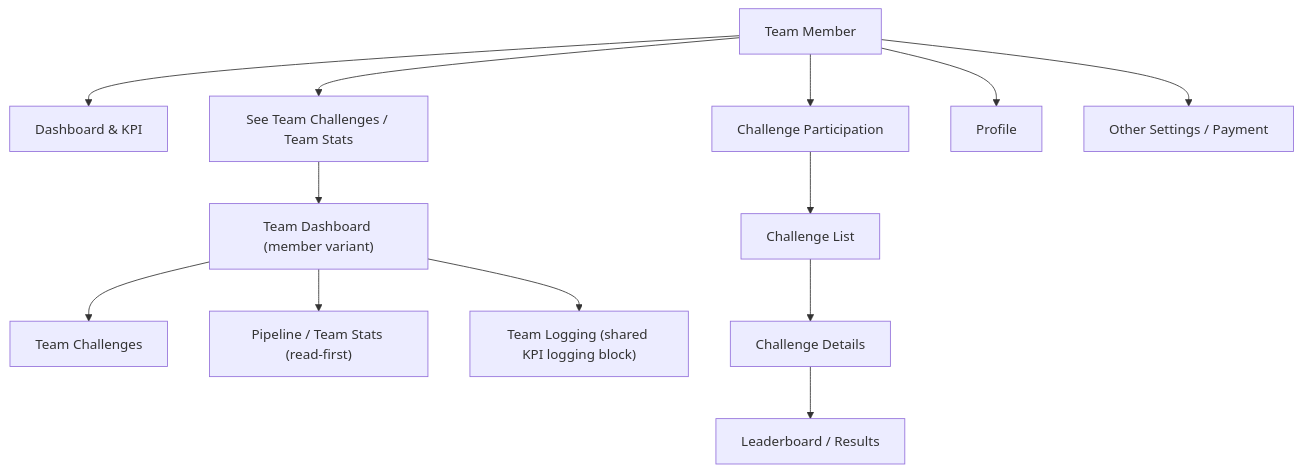
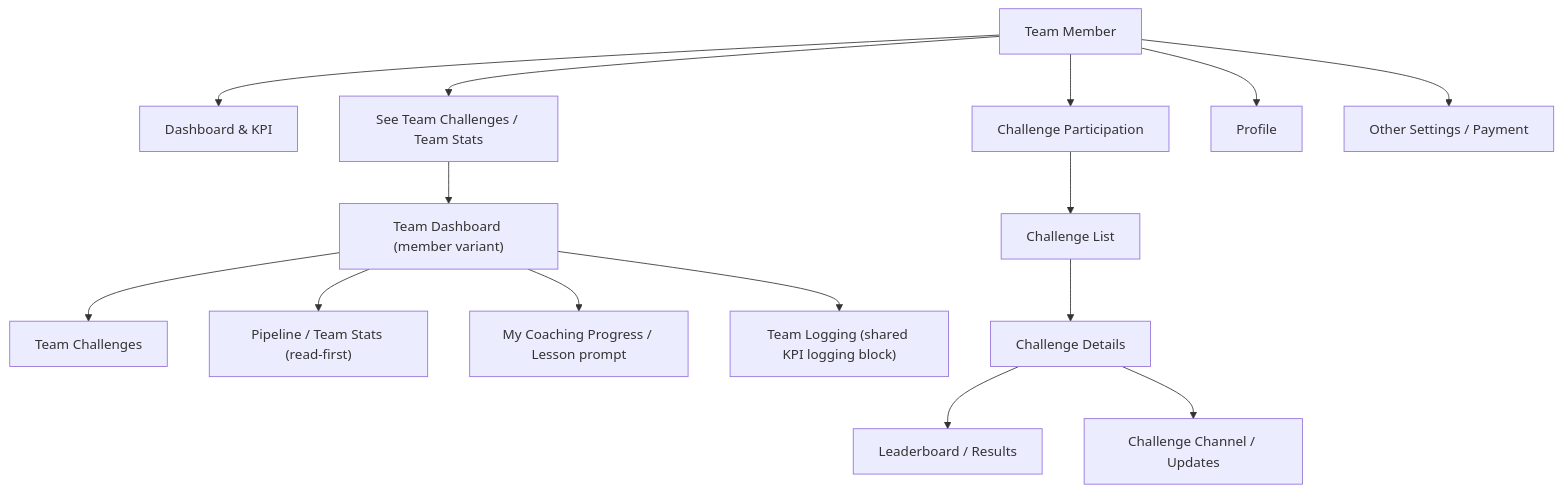
The sixth of 8 diagrams in docs/spec/appendix/INTENDED_WIRING_DIAGRAM.md (jonhazeltine/compass-kpi), drawn with Mermaid before and after one commit. The commit also changed other lines of this file and 2 other files, not shown here.

Commit message:
Add coaching capability matrix and wiring addendum

````diff
--- a/docs/spec/appendix/INTENDED_WIRING_DIAGRAM.md
+++ b/docs/spec/appendix/INTENDED_WIRING_DIAGRAM.md
@@ -134,17 +174,19 @@
 ```mermaid
 flowchart TD
   M["Team Member"] --> MD["Dashboard & KPI"]
   M --> MT["See Team Challenges / Team Stats"]
   M --> MC["Challenge Participation"]
   M --> MP["Profile"]
   M --> MS["Other Settings / Payment"]
 
   MT --> MTD["Team Dashboard (member variant)"]
   MTD --> MTC["Team Challenges"]
   MTD --> MPipe["Pipeline / Team Stats (read-first)"]
+  MTD --> MJP["My Coaching Progress / Lesson prompt"]
   MTD --> MLog["Team Logging (shared KPI logging block)"]
 
   MC --> MCL["Challenge List"]
   MCL --> MCD["Challenge Details"]
   MCD --> MCB["Leaderboard / Results"]
+  MCD --> MCC["Challenge Channel / Updates"]
 ```
````
